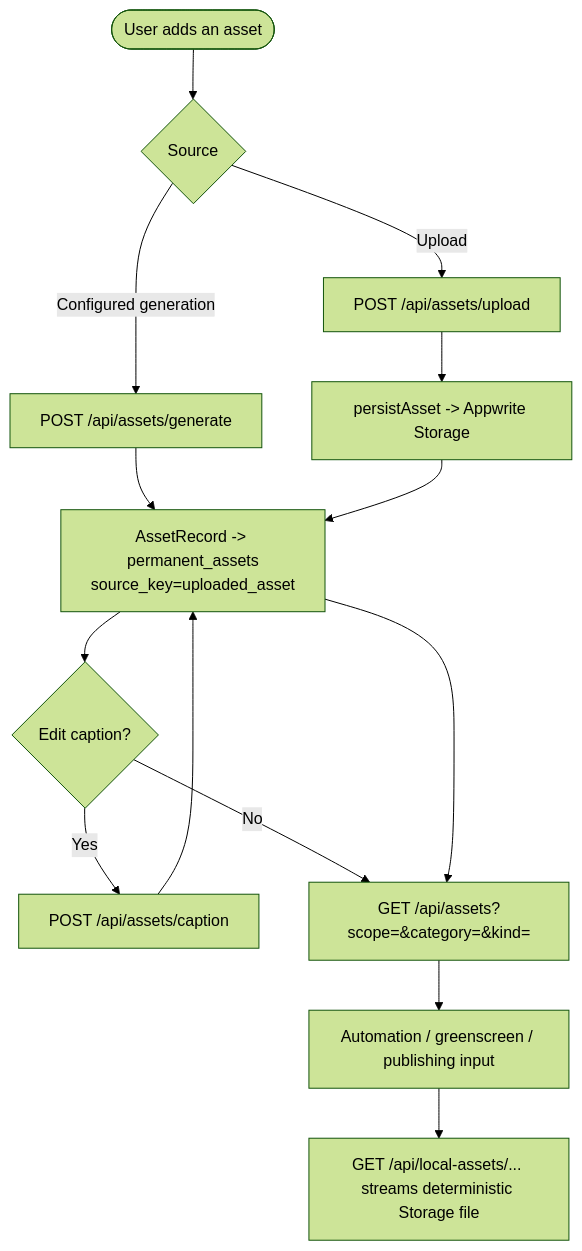
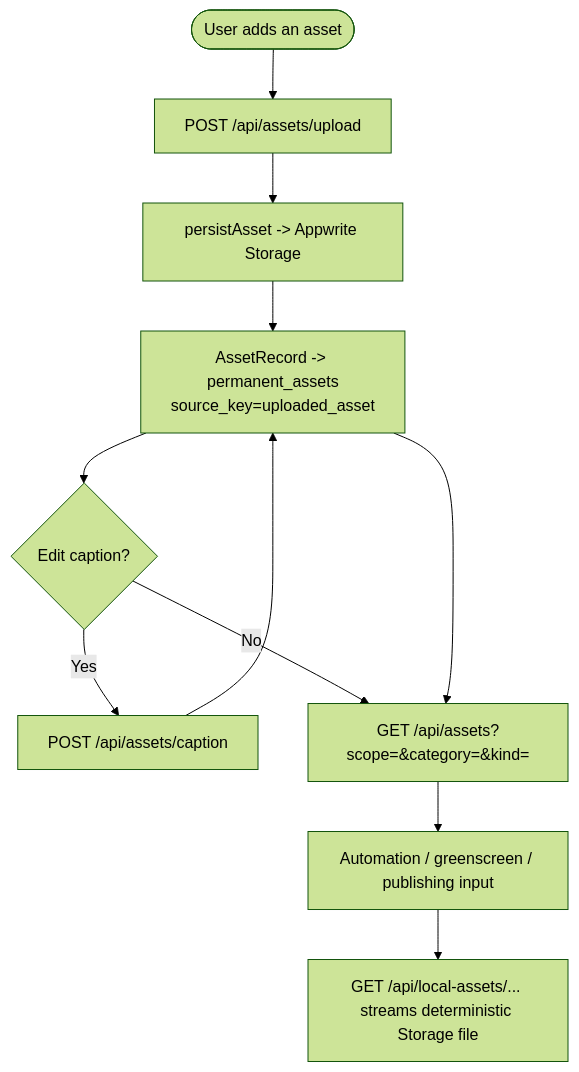
One commit to xk1234/cfarm changed the diagram in diagrams/09-asset-management.md. Above: the diagram before and after it, drawn with Mermaid (forest theme). The commit also changed other lines of this file and 147 other files, not shown here.

````diff
--- a/diagrams/09-asset-management.md
+++ b/diagrams/09-asset-management.md
@@ -11,20 +11,16 @@
 ```mermaid
 flowchart TD
-    START(["User adds an asset"]) --> KIND{"Source"}
-
-    KIND -->|"Upload"| UP["POST /api/assets/upload"]
-    KIND -->|"Configured generation"| GEN["POST /api/assets/generate"]
+    START(["User adds an asset"]) --> UP["POST /api/assets/upload"]
 
     UP --> STORE["persistAsset -> Appwrite Storage"]
-    GEN --> RECORD
     STORE --> RECORD["AssetRecord -> permanent_assets\nsource_key=uploaded_asset"]
 
     RECORD --> CAP{"Edit caption?"}
     CAP -->|"Yes"| CAPREQ["POST /api/assets/caption"]
     CAPREQ --> RECORD
     CAP -->|"No"| LIST
     RECORD --> LIST["GET /api/assets?scope=&category=&kind="]
     LIST --> USE["Automation / greenscreen / publishing input"]
 
     USE --> URL["GET /api/local-assets/... streams deterministic Storage file"]
 ```
````
